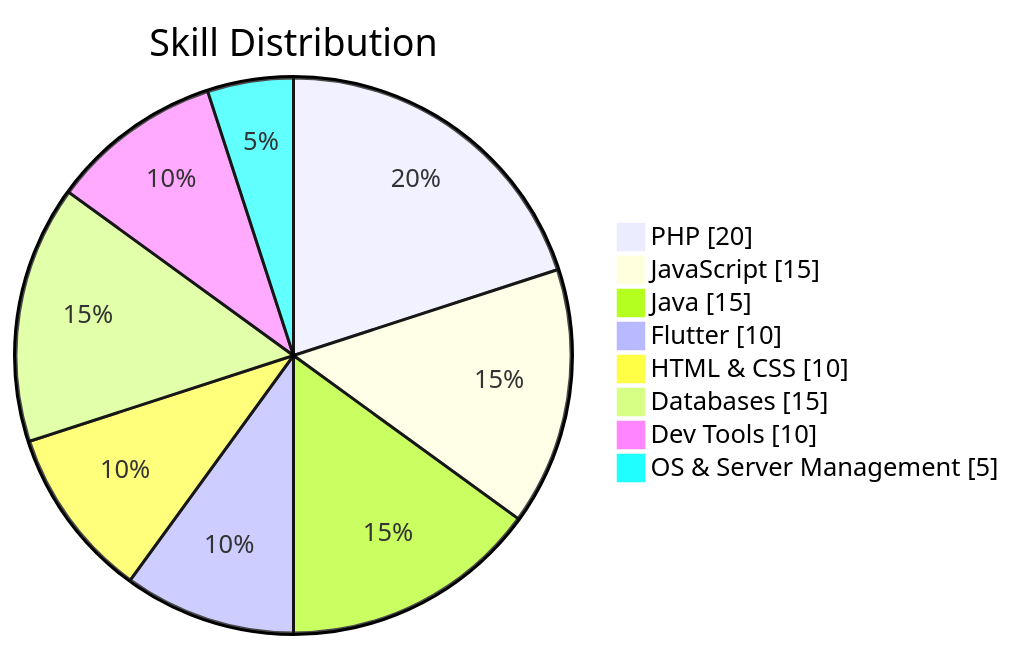
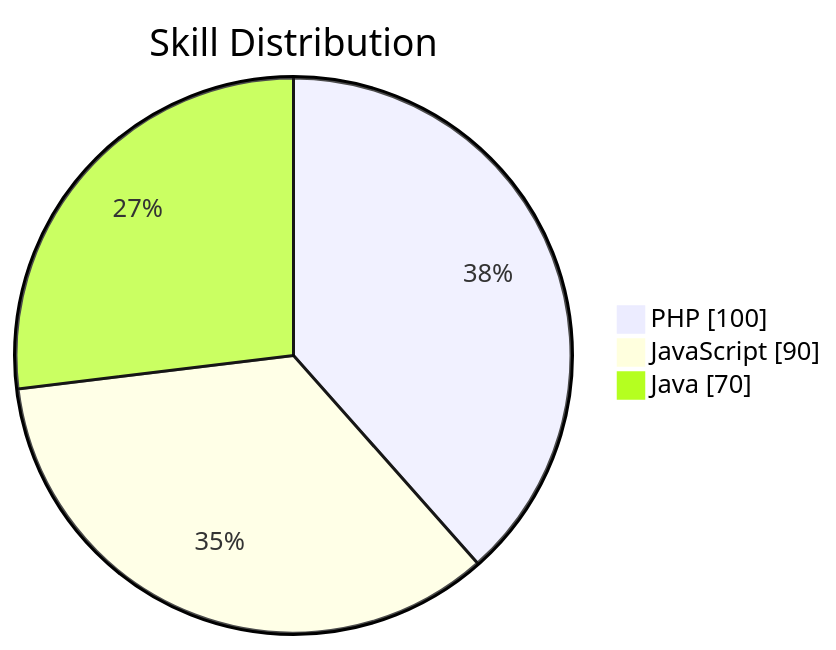
One commit to faisalsyarief/faisalsyarief changed the diagram in README.md. Above: the diagram before and after it, drawn with Mermaid.

````diff
--- a/README.md
+++ b/README.md
@@ -20,12 +20,7 @@
 ```mermaid
 pie showData
     title Skill Distribution
-    "PHP": 20
-    "JavaScript": 15
-    "Java": 15
-    "Flutter": 10
-    "HTML & CSS": 10
-    "Databases": 15
-    "Dev Tools": 10
-    "OS & Server Management": 5
+    "PHP": 100
+    "JavaScript": 90
+    "Java": 70
 ```
````
